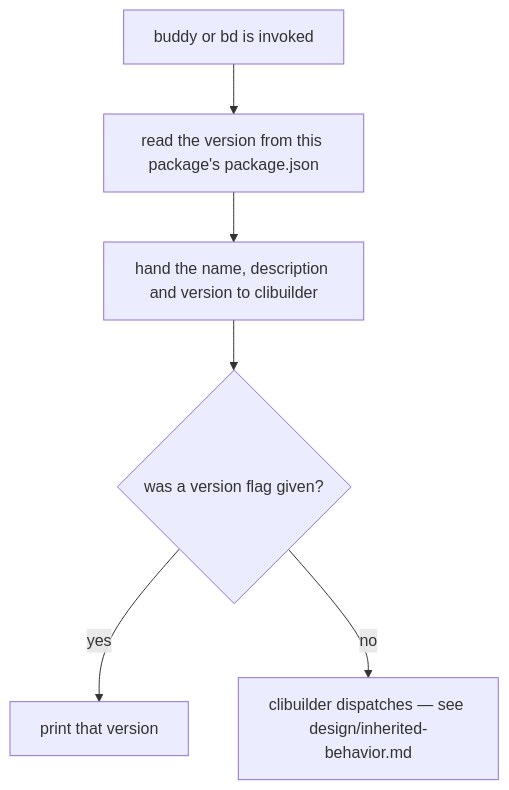
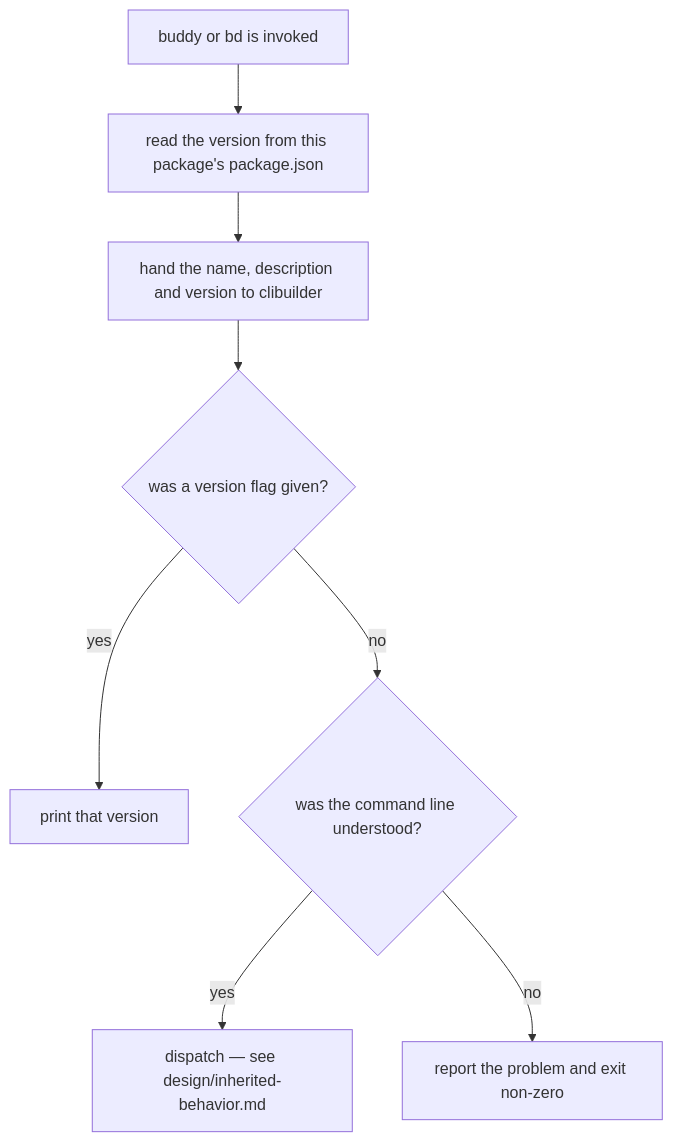
Before and after one commit to repobuddy/repobuddy: the diagram in packages/buddy/.agents/spec/cli-shell/README.md, drawn with Mermaid. The commit also changed other lines of this file and 5 other files, not shown here.

First line of the commit message:
feat(buddy): adopt clibuilder 10.1.0 and promise a non-zero exit

````diff
--- a/packages/buddy/.agents/spec/cli-shell/README.md
+++ b/packages/buddy/.agents/spec/cli-shell/README.md
@@ -41,8 +46,10 @@
 ```mermaid
 graph TD
     A[buddy or bd is invoked] --> B[read the version from this package's package.json]
     B --> C[hand the name, description and version to clibuilder]
     C --> D{was a version flag given?}
     D -->|yes| D1[print that version]
-    D -->|no| D2[clibuilder dispatches — see design/inherited-behavior.md]
+    D -->|no| E{was the command line understood?}
+    E -->|yes| E1[dispatch — see design/inherited-behavior.md]
+    E -->|no| E2[report the problem and exit non-zero]
 ```
````
